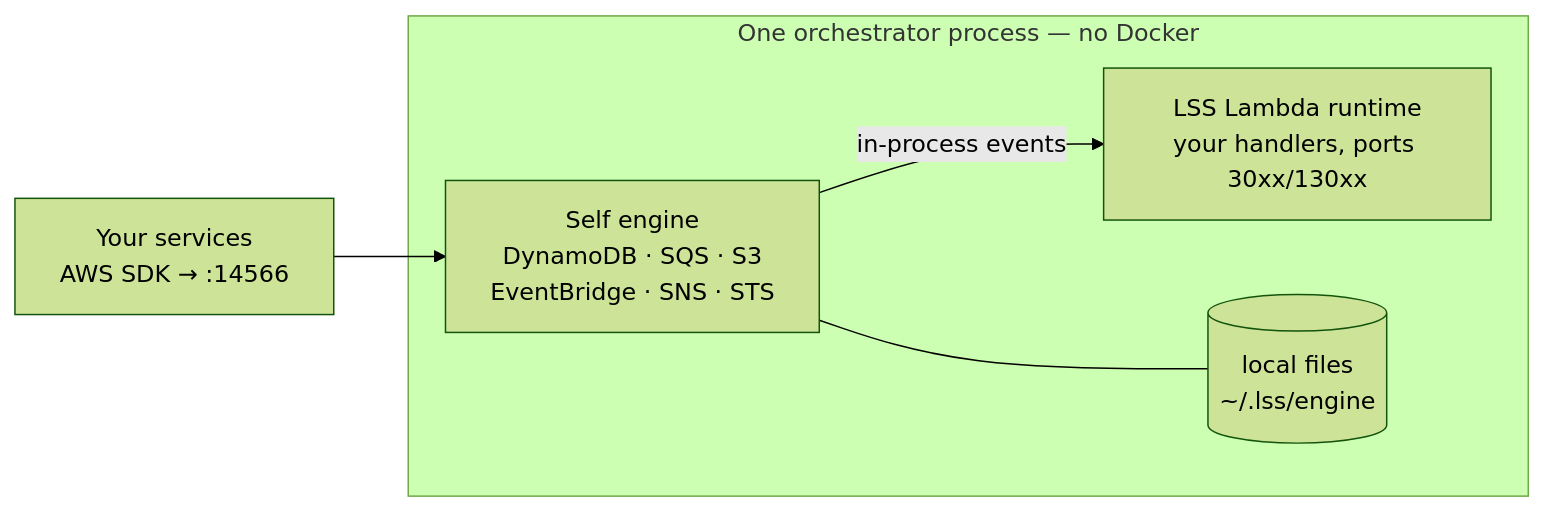
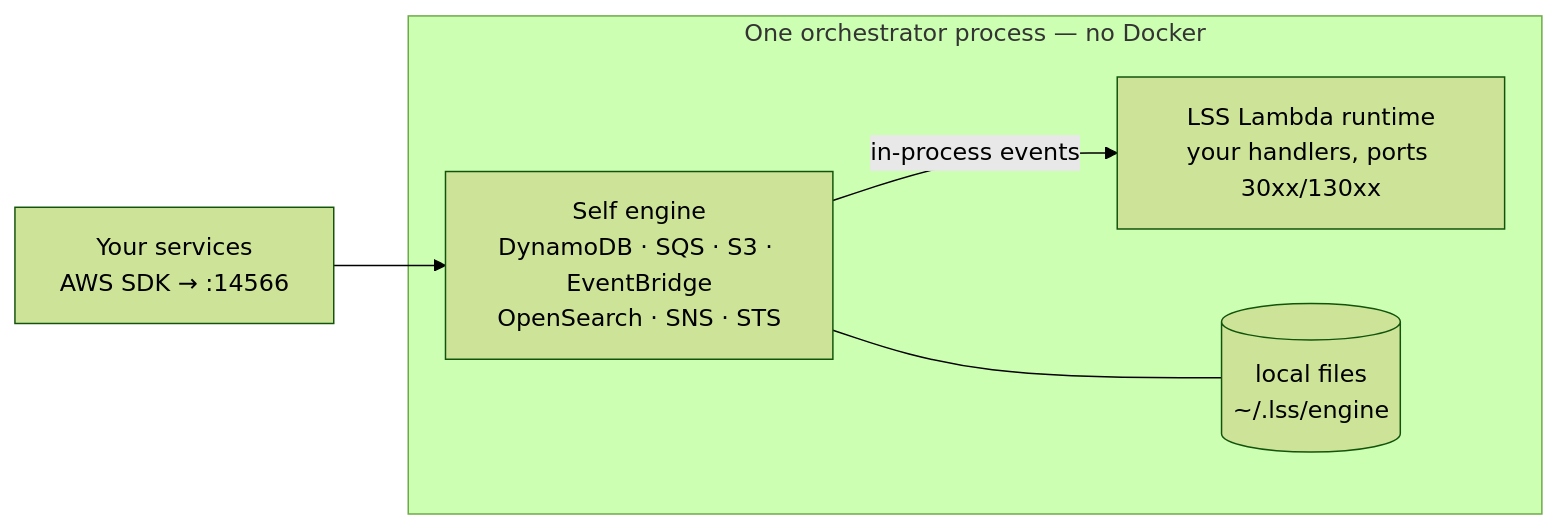
One commit to Viserion77/local-serverless-stack changed the second of 4 diagrams in README.md. Above: the diagram before and after it, drawn with Mermaid (forest theme). The commit also changed other lines of this file and 47 other files, not shown here.

First line of the commit message:
Add comprehensive tests for OpenSearch data plane and query DSL functionality

````diff
--- a/README.md
+++ b/README.md
@@ -61,9 +67,9 @@
 ```mermaid
 flowchart LR
     APP[Your services<br/>AWS SDK → :14566] --> ENG
     subgraph ORCH["One orchestrator process — no Docker"]
-        ENG[Self engine<br/>DynamoDB · SQS · S3<br/>EventBridge · SNS · STS]
+        ENG[Self engine<br/>DynamoDB · SQS · S3 · EventBridge<br/>OpenSearch · SNS · STS]
         ENG -->|in-process events| RT[LSS Lambda runtime<br/>your handlers, ports 30xx/130xx]
         ENG --- FS[(local files<br/>~/.lss/engine)]
     end
 ```
````
